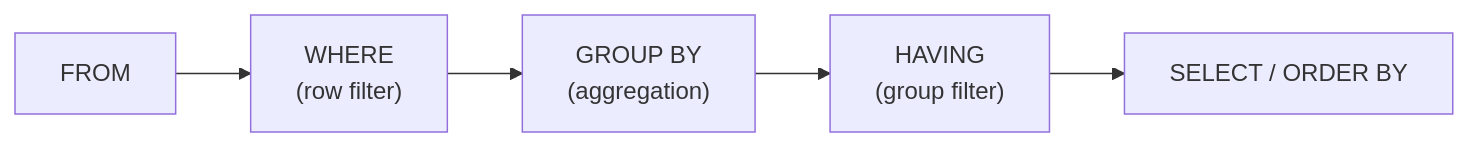
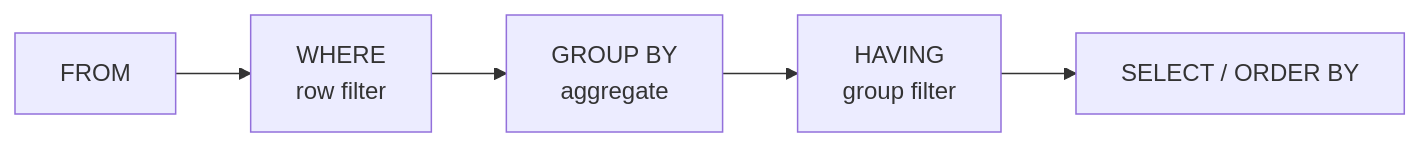
One commit to mahfooziiitian/spark-batch changed the diagram in spark-sql/docs/querying/having/having_vs_where.md. Above: the diagram before and after it, drawn with Mermaid. The commit also changed other lines of this file and 809 other files, not shown here.

````diff
--- a/spark-sql/docs/querying/having/having_vs_where.md
+++ b/spark-sql/docs/querying/having/having_vs_where.md
@@ -9,7 +19,7 @@
 ```mermaid
 flowchart LR
-    FROM --> WHERE["WHERE\n(row filter)"]
-    WHERE --> GROUP["GROUP BY\n(aggregation)"]
-    GROUP --> HAVING["HAVING\n(group filter)"]
+    FROM --> WHERE["WHERE<br/>row filter"]
+    WHERE --> GROUP["GROUP BY<br/>aggregate"]
+    GROUP --> HAVING["HAVING<br/>group filter"]
     HAVING --> SELECT["SELECT / ORDER BY"]
 ```
````
